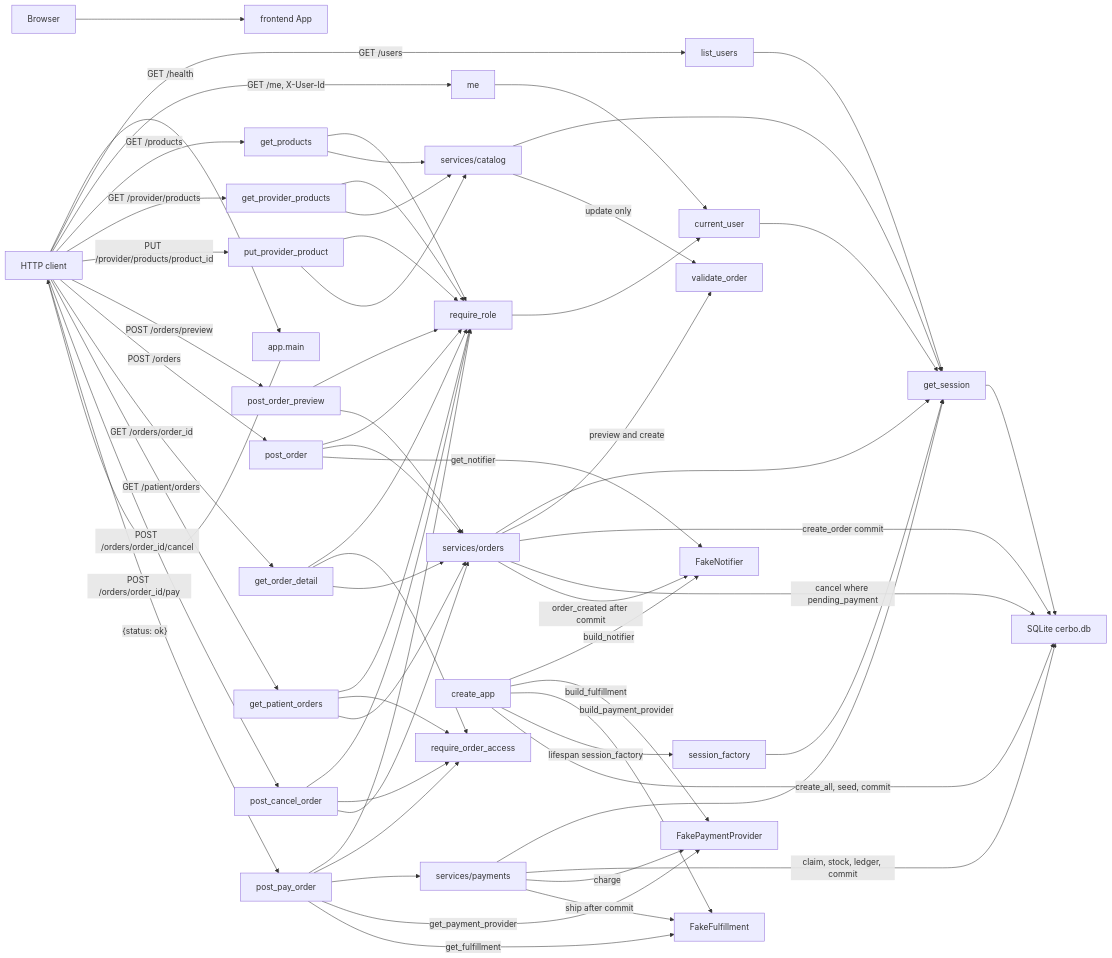
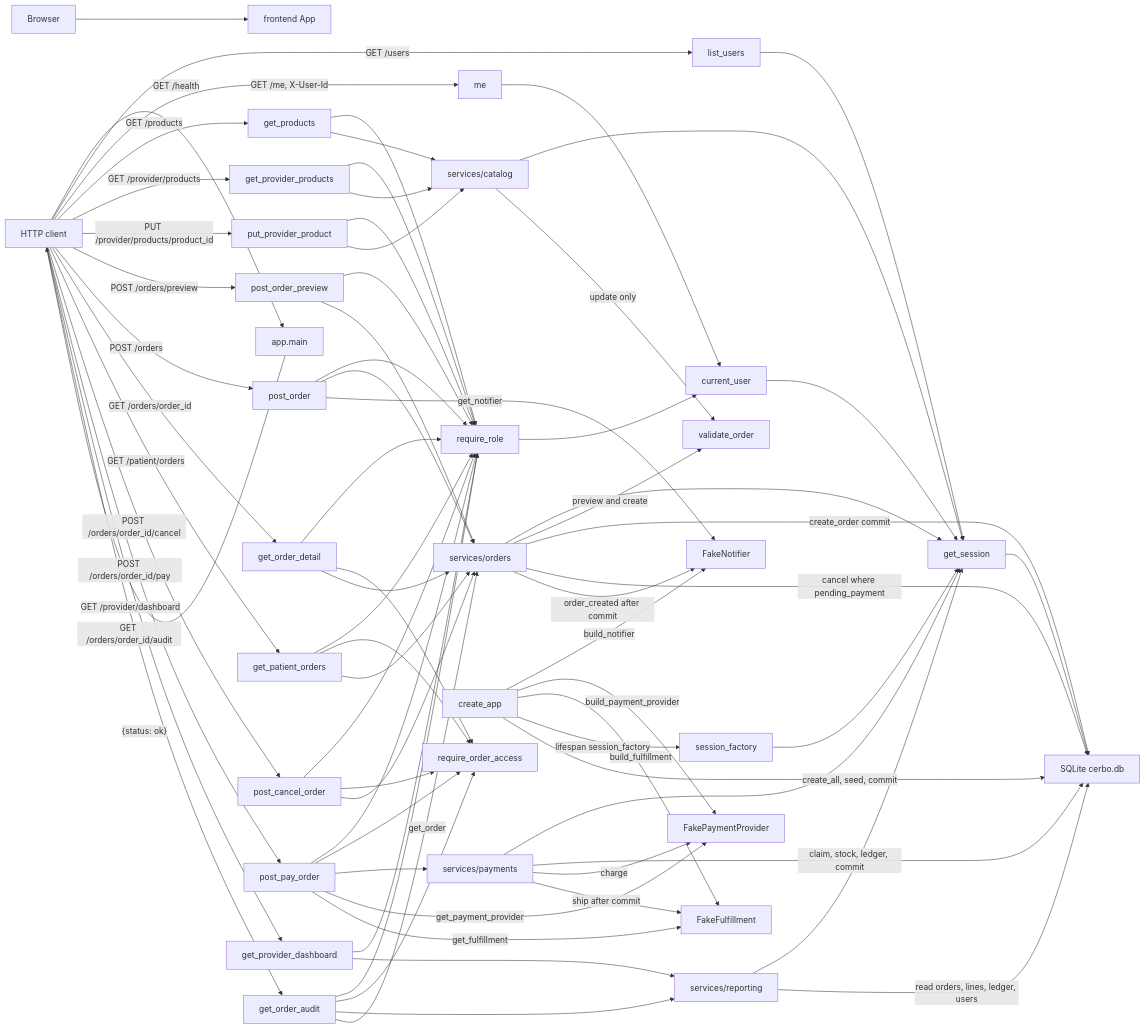
One commit to drtclem/cerbo_wk1 changed the diagram in docs/diagrams/overview.md. Above: the diagram before and after it, drawn with Mermaid. The commit also changed other lines of this file and 11 other files, not shown here.

Commit message:
T9: dashboard and audit

````diff
--- a/docs/diagrams/overview.md
+++ b/docs/diagrams/overview.md
@@ -7,72 +7,82 @@
 ```mermaid
 flowchart LR
   browser["Browser"] --> frontendApp["frontend App"]
 
   httpClient["HTTP client"] -->|"GET /health"| fastapiApp["app.main"]
   fastapiApp -->|"{status: ok}"| httpClient
 
   httpClient -->|"GET /users"| listUsers["list_users"]
   httpClient -->|"GET /me, X-User-Id"| meRoute["me"]
   meRoute --> currentUser["current_user"]
   listUsers --> getSession["get_session"]
   currentUser --> getSession
 
   httpClient -->|"GET /products"| getProducts["get_products"]
   httpClient -->|"GET /provider/products"| getProviderProducts["get_provider_products"]
   httpClient -->|"PUT /provider/products/product_id"| putProviderProduct["put_provider_product"]
   httpClient -->|"POST /orders/preview"| postOrderPreview["post_order_preview"]
   httpClient -->|"POST /orders"| postOrder["post_order"]
   httpClient -->|"GET /orders/order_id"| getOrderDetail["get_order_detail"]
   httpClient -->|"GET /patient/orders"| getPatientOrders["get_patient_orders"]
   httpClient -->|"POST /orders/order_id/cancel"| postCancel["post_cancel_order"]
   httpClient -->|"POST /orders/order_id/pay"| postPay["post_pay_order"]
+  httpClient -->|"GET /provider/dashboard"| getDashboard["get_provider_dashboard"]
+  httpClient -->|"GET /orders/order_id/audit"| getAudit["get_order_audit"]
 
   getProducts --> requireRole["require_role"]
   getProviderProducts --> requireRole
   putProviderProduct --> requireRole
   postOrderPreview --> requireRole
   postOrder --> requireRole
   getOrderDetail --> requireRole
   getPatientOrders --> requireRole
   postCancel --> requireRole
   postPay --> requireRole
+  getDashboard --> requireRole
+  getAudit --> requireRole
   requireRole --> currentUser
 
   getOrderDetail --> requireOrder["require_order_access"]
   getPatientOrders --> requireOrder
   postCancel --> requireOrder
   postPay --> requireOrder
+  getAudit --> requireOrder
 
   getProducts --> catalogSvc["services/catalog"]
   getProviderProducts --> catalogSvc
   putProviderProduct --> catalogSvc
   postOrderPreview --> ordersSvc["services/orders"]
   postOrder --> ordersSvc
   getOrderDetail --> ordersSvc
   getPatientOrders --> ordersSvc
   postCancel --> ordersSvc
   postPay --> paymentsSvc["services/payments"]
+  getDashboard --> reportingSvc["services/reporting"]
+  getAudit --> reportingSvc
+  getAudit -->|"get_order"| ordersSvc
   catalogSvc --> getSession
   ordersSvc --> getSession
   paymentsSvc --> getSession
+  reportingSvc --> getSession
   catalogSvc -->|"update only"| validateOrder["validate_order"]
   ordersSvc -->|"preview and create"| validateOrder
   getSession --> sqliteFile["SQLite cerbo.db"]
   ordersSvc -->|"create_order commit"| sqliteFile
   ordersSvc -->|"cancel where pending_payment"| sqliteFile
   paymentsSvc -->|"claim, stock, ledger, commit"| sqliteFile
   paymentsSvc -->|"charge"| paymentProvider["FakePaymentProvider"]
   paymentsSvc -->|"ship after commit"| fakeFulfillment["FakeFulfillment"]
+  reportingSvc -->|"read orders, lines, ledger, users"| sqliteFile
 
   postOrder -->|"get_notifier"| fakeNotifier["FakeNotifier"]
   ordersSvc -->|"order_created after commit"| fakeNotifier
   postPay -->|"get_payment_provider"| paymentProvider
   postPay -->|"get_fulfillment"| fakeFulfillment
 
   createApp["create_app"] -->|"build_notifier"| fakeNotifier
   createApp -->|"build_payment_provider"| paymentProvider
   createApp -->|"build_fulfillment"| fakeFulfillment
   createApp -->|"lifespan session_factory"| sessionFactory["session_factory"]
   createApp -->|"create_all, seed, commit"| sqliteFile
   sessionFactory --> getSession
 ```
````
